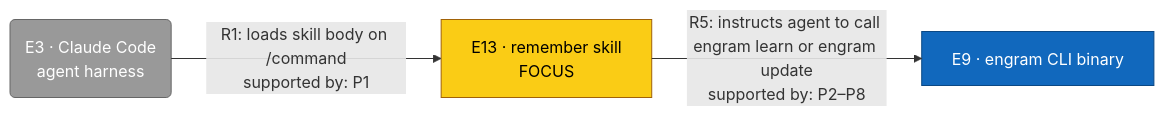
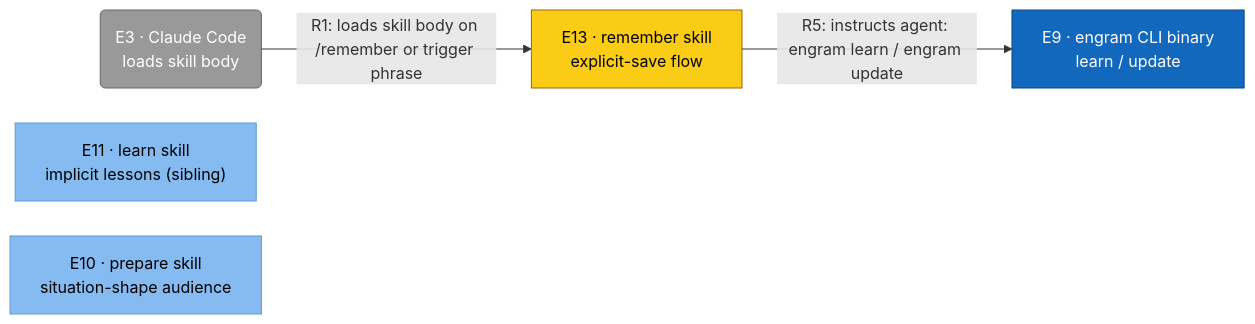
One commit to toejough/engram changed the diagram in architecture/c4/svg/c4-remember-skill.mmd. Above: the diagram before and after it, drawn with Mermaid. The commit also changed 78 other files, not shown here.

```diff
--- a/architecture/c4/svg/c4-remember-skill.mmd
+++ b/architecture/c4/svg/c4-remember-skill.mmd
@@ -1,18 +1,21 @@
 %%{init: {'flowchart': {'defaultRenderer': 'elk'}}}%%
 flowchart LR
     classDef person      fill:#08427b,stroke:#052e56,color:#fff
     classDef external    fill:#999,   stroke:#666,   color:#fff
     classDef container   fill:#1168bd,stroke:#0b4884,color:#fff
     classDef component   fill:#85bbf0,stroke:#5d9bd1,color:#000
     classDef focus       fill:#facc15,stroke:#a16207,color:#000
 
-    e3(E3 · Claude Code<br/>agent harness)
-    e13[E13 · remember skill<br/>FOCUS]
-    e9[E9 · engram CLI binary]
+    e13["E13 · remember skill<br/>explicit-save flow"]
+    e3("E3 · Claude Code<br/>loads skill body")
+    e9["E9 · engram CLI binary<br/>learn / update"]
+    e11["E11 · learn skill<br/>implicit lessons (sibling)"]
+    e10["E10 · prepare skill<br/>situation-shape audience"]
 
-    e3 -->|"R1: loads skill body on /command<br/>supported by: P1"| e13
-    e13 -->|"R5: instructs agent to call engram learn or engram update<br/>supported by: P2–P8"| e9
+    e3 -->|"R1: loads skill body on /remember or trigger phrase"| e13
+    e13 -->|"R5: instructs agent: engram learn / engram update"| e9
 
     class e3 external
     class e9 container
+    class e11,e10 component
     class e13 focus
```
